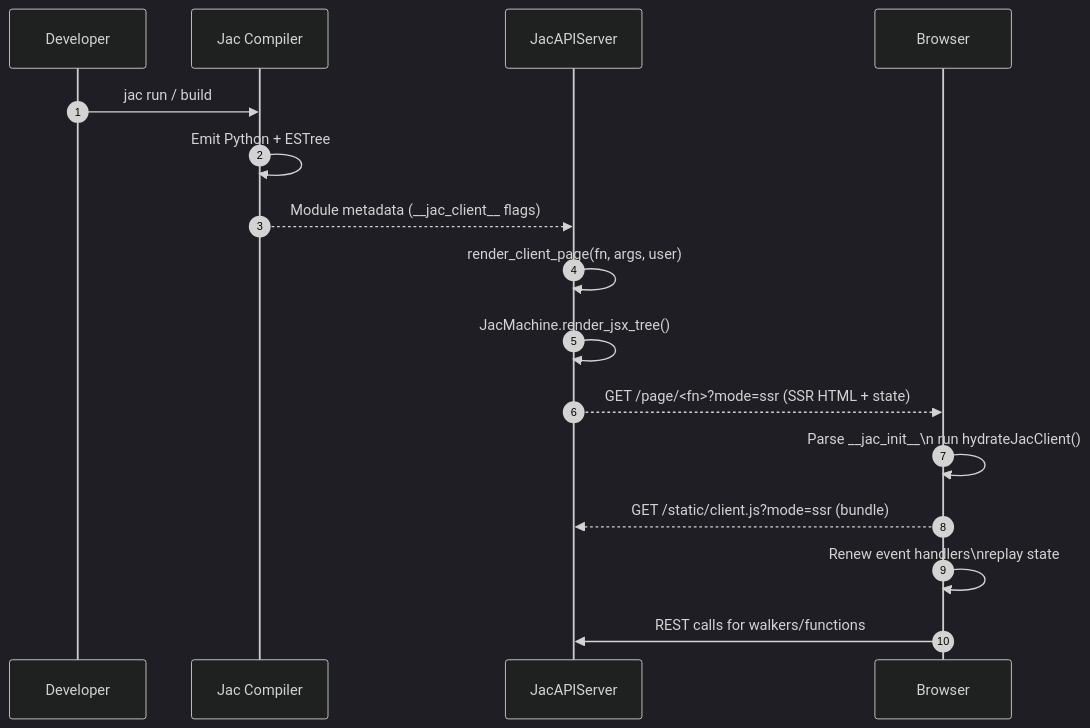
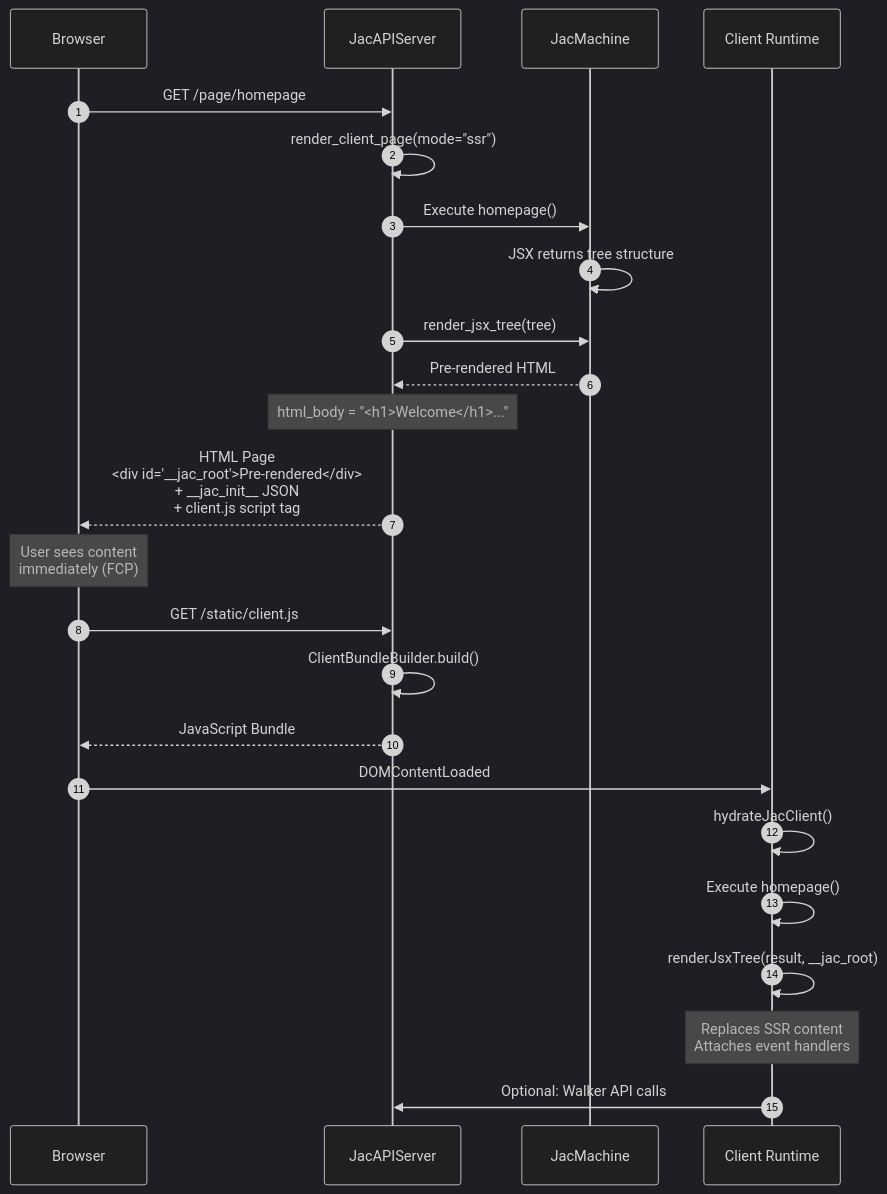
Before and after one commit to specialized806/jaseci: the third of 3 diagrams in jac/docs/jsx_webpage_generation_design.md, drawn with Mermaid (dark theme). The commit also changed other lines of this file and 4 other files, not shown here.

````diff
--- a/jac/docs/jsx_webpage_generation_design.md
+++ b/jac/docs/jsx_webpage_generation_design.md
@@ -73,19 +116,27 @@
 ```mermaid
 sequenceDiagram
     autonumber
-    participant Dev as Developer
-    participant Compiler as Jac Compiler
+    participant Browser
     participant Server as JacAPIServer
-    participant Browser
+    participant Machine as JacMachine
+    participant Runtime as Client Runtime
 
-    Dev->>Compiler: jac run / build
-    Compiler->>Compiler: Emit Python + ESTree
-    Compiler-->>Server: Module metadata (__jac_client__ flags)
-    Server->>Server: render_client_page(fn, args, user)
-    Server->>Server: JacMachine.render_jsx_tree()
-    Server-->>Browser: GET /page/<fn>?mode=ssr (SSR HTML + state)
-    Browser->>Browser: Parse __jac_init__\n run hydrateJacClient()
-    Browser-->>Server: GET /static/client.js?mode=ssr (bundle)
-    Browser->>Browser: Renew event handlers\nreplay state
-    Browser->>Server: REST calls for walkers/functions
+    Browser->>Server: GET /page/homepage
+    Server->>Server: render_client_page(mode="ssr")
+    Server->>Machine: Execute homepage()
+    Machine->>Machine: JSX returns tree structure
+    Server->>Machine: render_jsx_tree(tree)
+    Machine-->>Server: Pre-rendered HTML
+    Note over Server: html_body = "<h1>Welcome</h1>..."
+    Server-->>Browser: HTML Page<br/><div id="__jac_root">Pre-rendered</div><br/>+ __jac_init__ JSON<br/>+ client.js script tag
+    Note over Browser: User sees content<br/>immediately (FCP)
+    Browser->>Server: GET /static/client.js
+    Server->>Server: ClientBundleBuilder.build()
+    Server-->>Browser: JavaScript Bundle
+    Browser->>Runtime: DOMContentLoaded
+    Runtime->>Runtime: hydrateJacClient()
+    Runtime->>Runtime: Execute homepage()
+    Runtime->>Runtime: renderJsxTree(result, __jac_root)
+    Note over Runtime: Replaces SSR content<br/>Attaches event handlers
+    Runtime->>Server: Optional: Walker API calls
 ```
````
